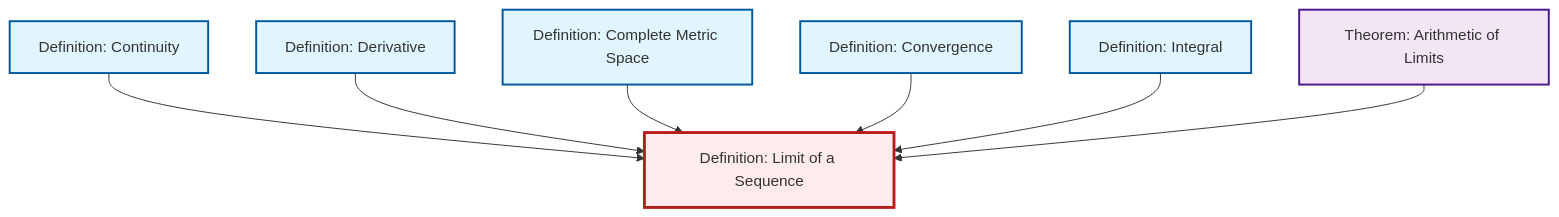
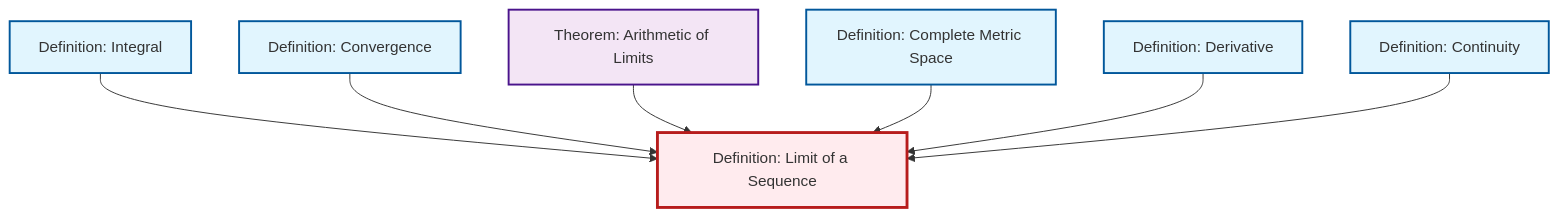
One commit to RK0429/ModernMath changed the diagram in content/ja/analysis/def-limit.qmd. Above: the diagram before and after it, drawn with Mermaid. The commit also changed other lines of this file and 530 other files, not shown here.

````diff
--- a/content/ja/analysis/def-limit.qmd
+++ b/content/ja/analysis/def-limit.qmd
@@ -49,29 +49,29 @@
 ```{mermaid}
 %%| fig-cap: "Local dependency graph"
 graph TD
     classDef definition fill:#e1f5fe,stroke:#01579b,stroke-width:2px
     classDef theorem fill:#f3e5f5,stroke:#4a148c,stroke-width:2px
     classDef axiom fill:#fff3e0,stroke:#e65100,stroke-width:2px
     classDef example fill:#e8f5e9,stroke:#1b5e20,stroke-width:2px
     classDef current fill:#ffebee,stroke:#b71c1c,stroke-width:3px
     def-integral["Definition: Integral"]:::definition
     def-derivative["Definition: Derivative"]:::definition
+    def-convergence["Definition: Convergence"]:::definition
+    def-limit["Definition: Limit of a Sequence"]:::definition
     def-continuity["Definition: Continuity"]:::definition
+    thm-limit-arithmetic["Theorem: Arithmetic of Limits"]:::theorem
     def-complete-metric-space["Definition: Complete Metric Space"]:::definition
-    thm-limit-arithmetic["Theorem: Arithmetic of Limits"]:::theorem
-    def-limit["Definition: Limit of a Sequence"]:::definition
-    def-convergence["Definition: Convergence"]:::definition
+    def-integral --> def-limit
+    def-convergence --> def-limit
+    thm-limit-arithmetic --> def-limit
+    def-complete-metric-space --> def-limit
+    def-derivative --> def-limit
     def-continuity --> def-limit
-    def-derivative --> def-limit
-    def-complete-metric-space --> def-limit
-    def-convergence --> def-limit
-    def-integral --> def-limit
-    thm-limit-arithmetic --> def-limit
     class def-limit current
     click def-integral "def-integral.html" "Definition: Integralへ"
     click def-derivative "def-derivative.html" "Definition: Derivativeへ"
+    click def-convergence "def-convergence.html" "Definition: Convergenceへ"
     click def-continuity "def-continuity.html" "Definition: Continuityへ"
+    click thm-limit-arithmetic "thm-limit-arithmetic.html" "Theorem: Arithmetic of Limitsへ"
     click def-complete-metric-space "def-complete-metric-space.html" "Definition: Complete Metric Spaceへ"
-    click thm-limit-arithmetic "thm-limit-arithmetic.html" "Theorem: Arithmetic of Limitsへ"
-    click def-convergence "def-convergence.html" "Definition: Convergenceへ"
 ```
````
